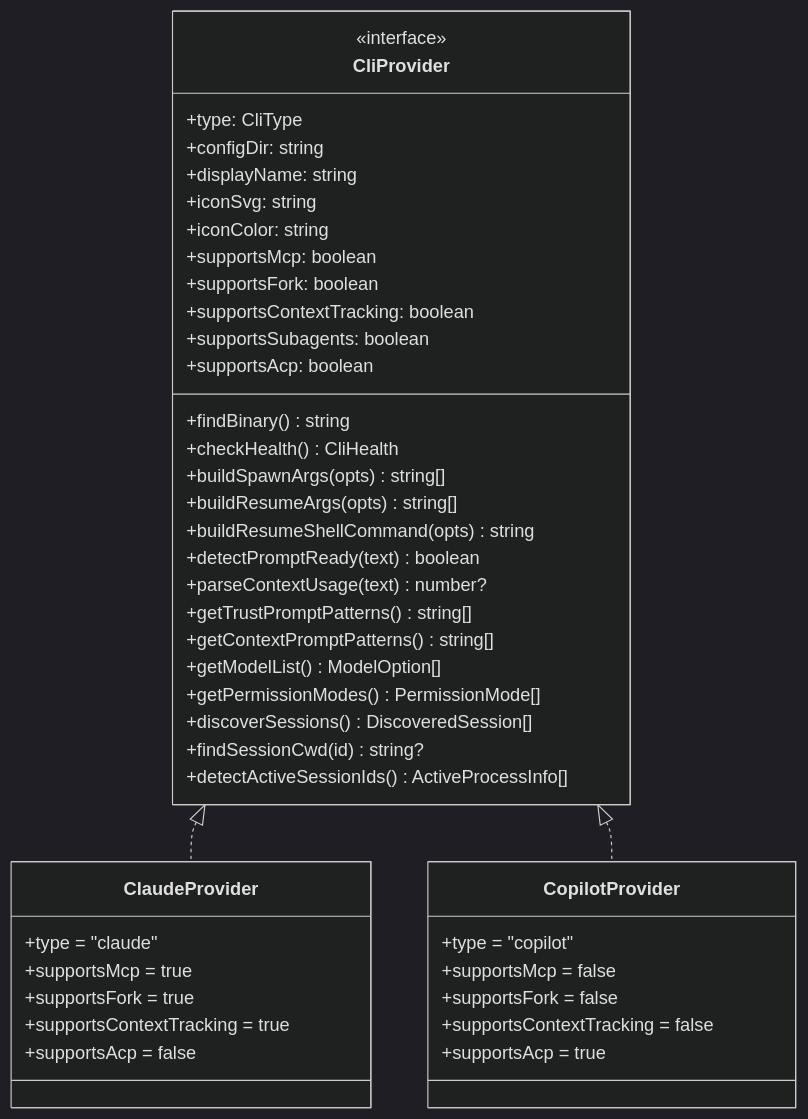
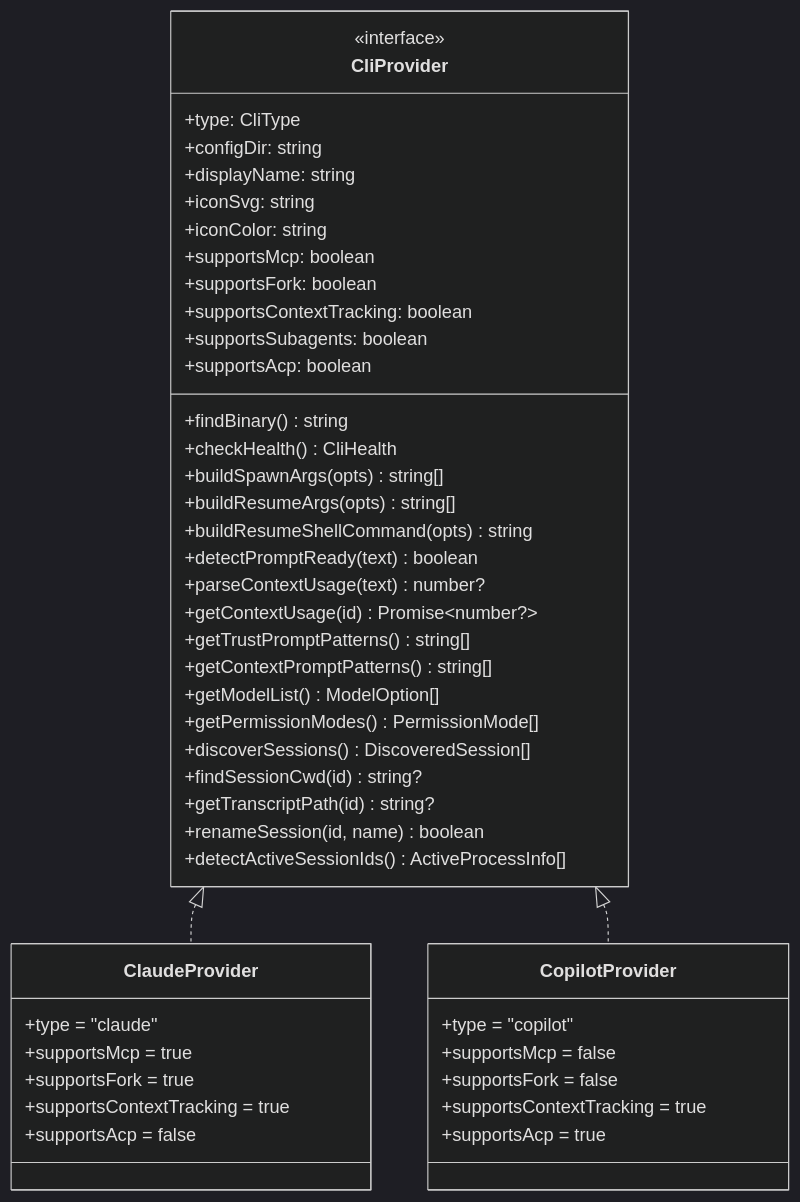
The second of 6 diagrams in docs/design/cli-provider-architecture.md (Nahom-Kefelegne/AgentMatrix), drawn with Mermaid (dark theme) before and after one commit. The commit also changed other lines of this file and 14 other files, not shown here.

````diff
--- a/docs/design/cli-provider-architecture.md
+++ b/docs/design/cli-provider-architecture.md
@@ -47,51 +47,54 @@
 ```mermaid
 classDiagram
   class CliProvider {
     <<interface>>
     +type: CliType
     +configDir: string
     +displayName: string
     +iconSvg: string
     +iconColor: string
 
     +supportsMcp: boolean
     +supportsFork: boolean
     +supportsContextTracking: boolean
     +supportsSubagents: boolean
     +supportsAcp: boolean
 
     +findBinary() string
     +checkHealth() CliHealth
     +buildSpawnArgs(opts) string[]
     +buildResumeArgs(opts) string[]
     +buildResumeShellCommand(opts) string
     +detectPromptReady(text) boolean
     +parseContextUsage(text) number?
+    +getContextUsage(id) Promise~number?~
     +getTrustPromptPatterns() string[]
     +getContextPromptPatterns() string[]
     +getModelList() ModelOption[]
     +getPermissionModes() PermissionMode[]
     +discoverSessions() DiscoveredSession[]
     +findSessionCwd(id) string?
+    +getTranscriptPath(id) string?
+    +renameSession(id, name) boolean
     +detectActiveSessionIds() ActiveProcessInfo[]
   }
 
   class ClaudeProvider {
     +type = "claude"
     +supportsMcp = true
     +supportsFork = true
     +supportsContextTracking = true
     +supportsAcp = false
   }
 
   class CopilotProvider {
     +type = "copilot"
     +supportsMcp = false
     +supportsFork = false
-    +supportsContextTracking = false
+    +supportsContextTracking = true
     +supportsAcp = true
   }
 
   CliProvider <|.. ClaudeProvider
   CliProvider <|.. CopilotProvider
 ```
````
